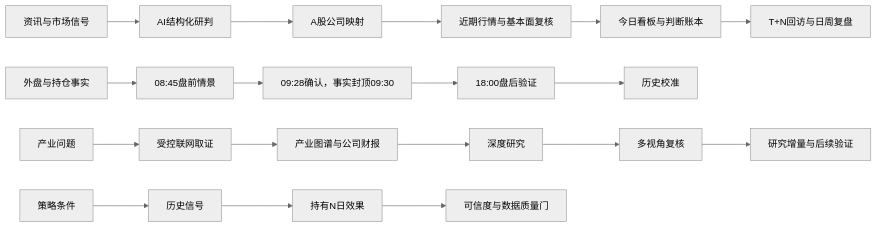
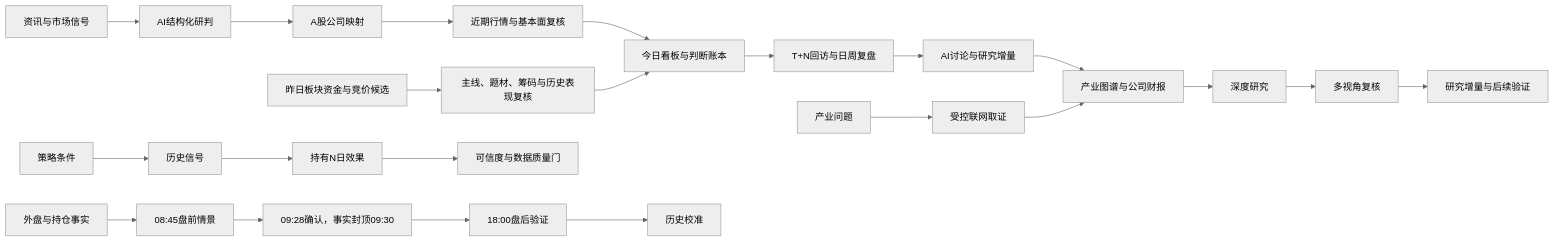
Before and after one commit to caoritian002-wq/RT-ResearchFlow: the diagram in README.md, drawn with Mermaid (neutral theme). The commit also changed other lines of this file and 7 other files, not shown here.

````diff
--- a/README.md
+++ b/README.md
@@ -156,23 +219,28 @@
 ```mermaid
 flowchart LR
     A[资讯与市场信号] --> B[AI结构化研判]
     B --> C[A股公司映射]
     C --> D[近期行情与基本面复核]
     D --> E[今日看板与判断账本]
     E --> F[T+N回访与日周复盘]
+    F --> V[AI讨论与研究增量]
+    V --> I
 
     Q[外盘与持仓事实] --> R[08:45盘前情景]
     R --> S[09:28确认，事实封顶09:30]
     S --> T[18:00盘后验证]
     T --> U[历史校准]
 
     G[产业问题] --> H[受控联网取证]
     H --> I[产业图谱与公司财报]
     I --> J[深度研究]
     J --> K[多视角复核]
     K --> L[研究增量与后续验证]
 
     M[策略条件] --> N[历史信号]
     N --> O[持有N日效果]
     O --> P[可信度与数据质量门]
+
+    W[昨日板块资金与竞价候选] --> X[主线、题材、筹码与历史表现复核]
+    X --> E
 ```
````
